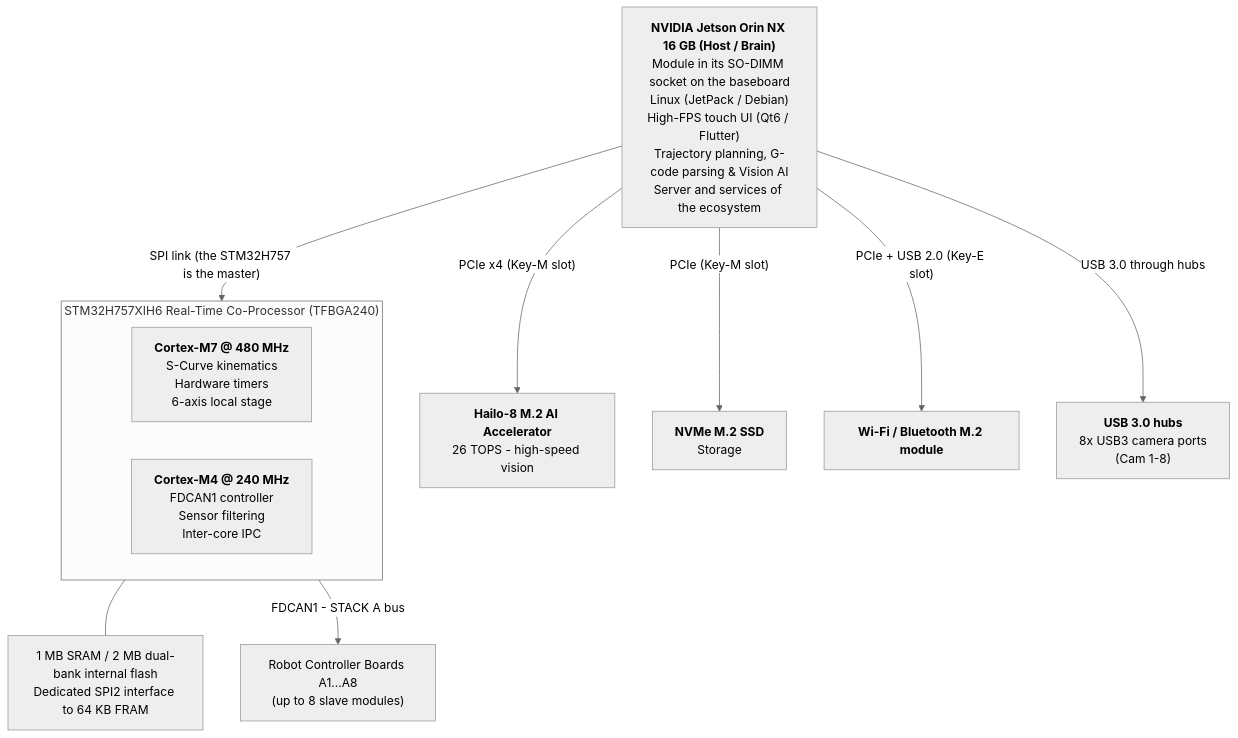
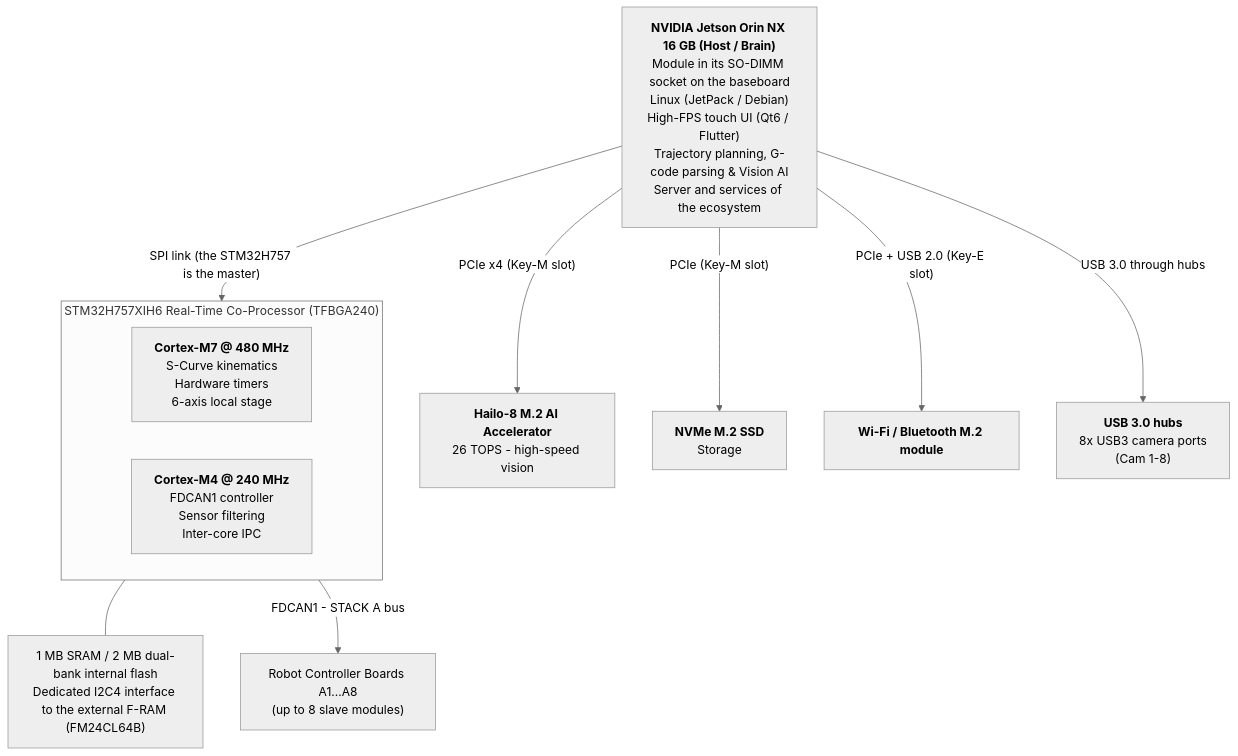
The first of 3 diagrams in README.md (JuanenRac/HYDRA-UMC), drawn with Mermaid (neutral theme) before and after one commit. The commit also changed other lines of this file and 10 other files, not shown here.

Commit message:
README: F-RAM on I2C4 in the block diagram and host-neutral description of the OS image folder

````diff
--- a/README.md
+++ b/README.md
@@ -95,21 +95,21 @@
 ```mermaid
 flowchart TB
     JETSON["<b>NVIDIA Jetson Orin NX 16 GB (Host / Brain)</b><br/>Module in its SO-DIMM socket on the baseboard<br/>Linux (JetPack / Debian)<br/>High-FPS touch UI (Qt6 / Flutter)<br/>Trajectory planning, G-code parsing &amp; Vision AI<br/>Server and services of the ecosystem"]
 
     JETSON -- "PCIe x4 (Key-M slot)" --> HAILO8["<b>Hailo-8 M.2 AI Accelerator</b><br/>26 TOPS - high-speed vision"]
     JETSON -- "PCIe (Key-M slot)" --> NVME["<b>NVMe M.2 SSD</b><br/>Storage"]
     JETSON -- "PCIe + USB 2.0 (Key-E slot)" --> WIFI["<b>Wi-Fi / Bluetooth M.2 module</b>"]
     JETSON -- "USB 3.0 through hubs" --> HUBS["<b>USB 3.0 hubs</b><br/>8x USB3 camera ports<br/>(Cam 1-8)"]
 
     JETSON -- "SPI link (the STM32H757 is the master)" --> MCU
 
     subgraph MCU["STM32H757XIH6 Real-Time Co-Processor (TFBGA240)"]
         direction LR
         CM7["<b>Cortex-M7 @ 480 MHz</b><br/>S-Curve kinematics<br/>Hardware timers<br/>6-axis local stage"]
         CM4["<b>Cortex-M4 @ 240 MHz</b><br/>FDCAN1 controller<br/>Sensor filtering<br/>Inter-core IPC"]
     end
-    MEM["1 MB SRAM / 2 MB dual-bank internal flash<br/>Dedicated SPI2 interface to 64 KB FRAM"]
+    MEM["1 MB SRAM / 2 MB dual-bank internal flash<br/>Dedicated I2C4 interface to the external F-RAM (FM24CL64B)"]
     MCU --- MEM
 
     MCU -- "FDCAN1 - STACK A bus" --> ROBOTS["Robot Controller Boards A1...A8<br/>(up to 8 slave modules)"]
 ```
````
